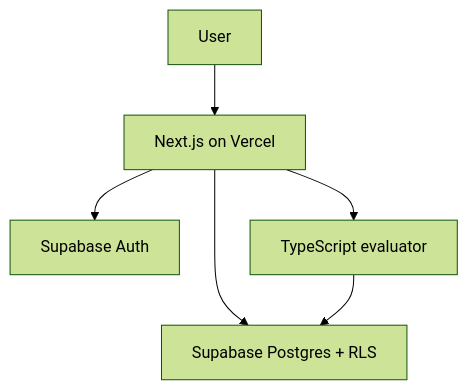
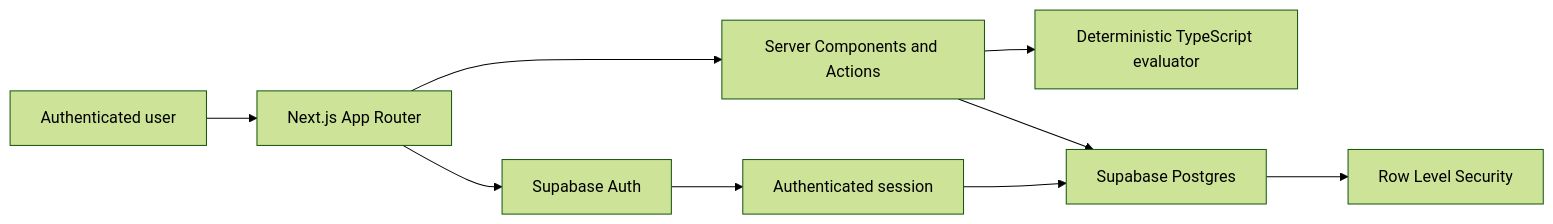
One commit to wdevelper11-cloud/EvalGate changed the diagram in README.md. Above: the diagram before and after it, drawn with Mermaid (forest theme). The commit also changed other lines of this file, not shown here.

````diff
--- a/README.md
+++ b/README.md
@@ -53,8 +107,11 @@
 ```mermaid
-flowchart TD
-    U["User"] --> N["Next.js on Vercel"]
-    N --> A["Supabase Auth"]
-    N --> P["Supabase Postgres + RLS"]
-    N --> E["TypeScript evaluator"]
-    E --> P
+flowchart LR
+    U[Authenticated user] --> N[Next.js App Router]
+    N --> SA[Server Components and Actions]
+    N --> A[Supabase Auth]
+    SA --> E[Deterministic TypeScript evaluator]
+    SA --> P[Supabase Postgres]
+    A --> R[Authenticated session]
+    R --> P
+    P --> L[Row Level Security]
 ```
````
